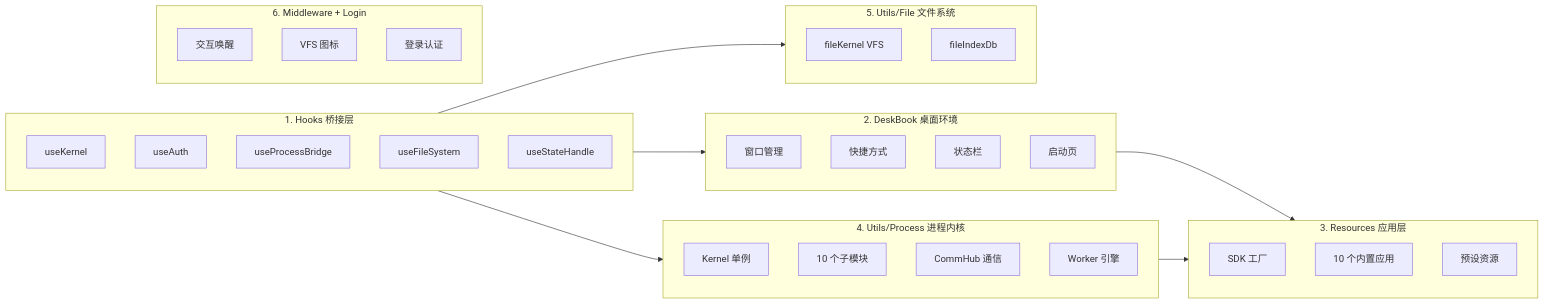
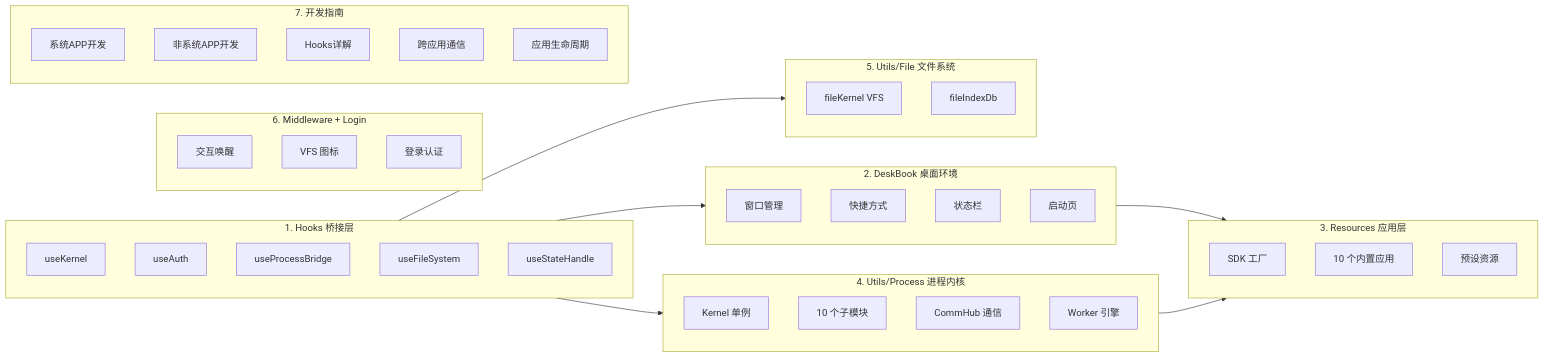
The second of 4 diagrams in docs/module/00-overview.md (suluwanqing/sukinOS), drawn with Mermaid before and after one commit. The commit also changed other lines of this file and 14 other files, not shown here.

````diff
--- a/docs/module/00-overview.md
+++ b/docs/module/00-overview.md
@@ -142,47 +142,55 @@
 ```mermaid
 graph LR
     subgraph M1["1. Hooks 桥接层"]
         H1[useKernel]
         H2[useAuth]
         H3[useProcessBridge]
         H4[useFileSystem]
         H5[useStateHandle]
     end
 
     subgraph M2["2. DeskBook 桌面环境"]
         D1[窗口管理]
         D2[快捷方式]
         D3[状态栏]
         D4[启动页]
     end
 
     subgraph M3["3. Resources 应用层"]
         R1[SDK 工厂]
         R2[10 个内置应用]
         R3[预设资源]
     end
 
     subgraph M4["4. Utils/Process 进程内核"]
         K1[Kernel 单例]
         K2[10 个子模块]
         K3[CommHub 通信]
         K4[Worker 引擎]
     end
 
     subgraph M5["5. Utils/File 文件系统"]
         F1[fileKernel VFS]
         F2[fileIndexDb]
     end
 
     subgraph M6["6. Middleware + Login"]
         MW1[交互唤醒]
         MW2[VFS 图标]
         MW3[登录认证]
     end
 
     M1 --> M4
     M1 --> M5
     M1 --> M2
     M2 --> M3
+    subgraph M7["7. 开发指南"]
+        DG1[系统APP开发]
+        DG2[非系统APP开发]
+        DG3[Hooks详解]
+        DG4[跨应用通信]
+        DG5[应用生命周期]
+    end
+
     M4 --> M3
 ```
````
